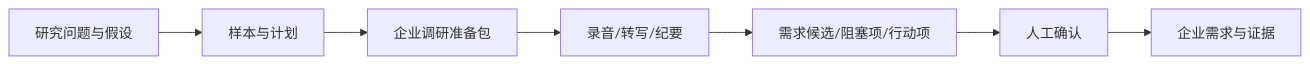
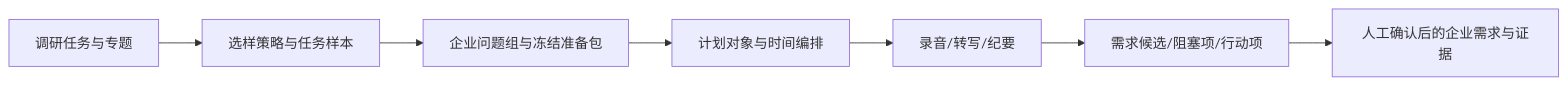
The fourth of 6 diagrams in docs/03-系统设计方案.md (zhang-lei-git/IndustryResearch), drawn with Mermaid before and after one commit. The commit also changed other lines of this file and 6 other files, not shown here.

````diff
--- a/docs/03-系统设计方案.md
+++ b/docs/03-系统设计方案.md
@@ -241,9 +250,9 @@
 ```mermaid
 flowchart LR
-  A[研究问题与假设] --> B[样本与计划]
-  B --> C[企业调研准备包]
-  C --> D[录音/转写/纪要]
-  D --> E[需求候选/阻塞项/行动项]
-  E --> F[人工确认]
-  F --> G[企业需求与证据]
+  A[调研任务与专题] --> B[选样策略与任务样本]
+  B --> C[企业问题组与冻结准备包]
+  C --> D[计划对象与时间编排]
+  D --> E[录音/转写/纪要]
+  E --> F[需求候选/阻塞项/行动项]
+  F --> G[人工确认后的企业需求与证据]
 ```
````
